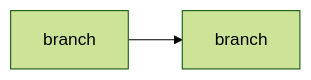
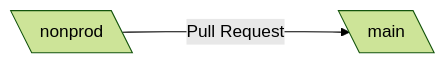
The diagram in README.md (mednax-it/Omniparser_Schemas), drawn with Mermaid (forest theme) before and after one commit.

````diff
--- a/README.md
+++ b/README.md
@@ -6,4 +6,4 @@
 ```mermaid
 graph LR;
-    nonprod[branch]-->main[branch];
+    branch1[\nonprod\] -- Pull Request ---> branch2[\main\]
 ```
````
